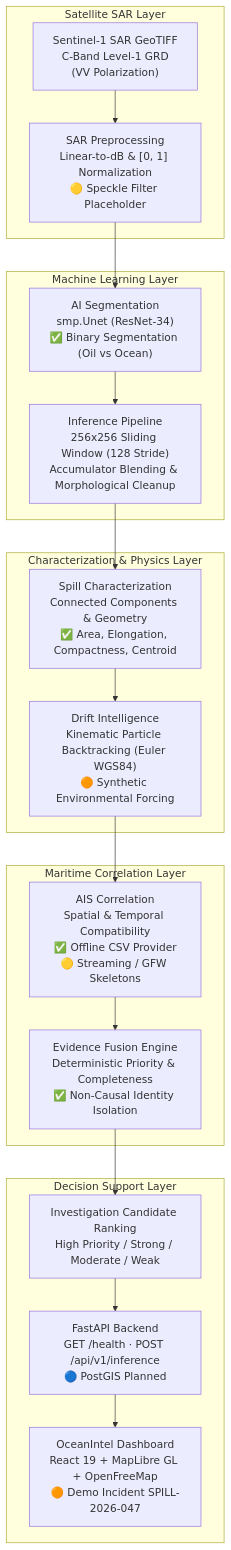
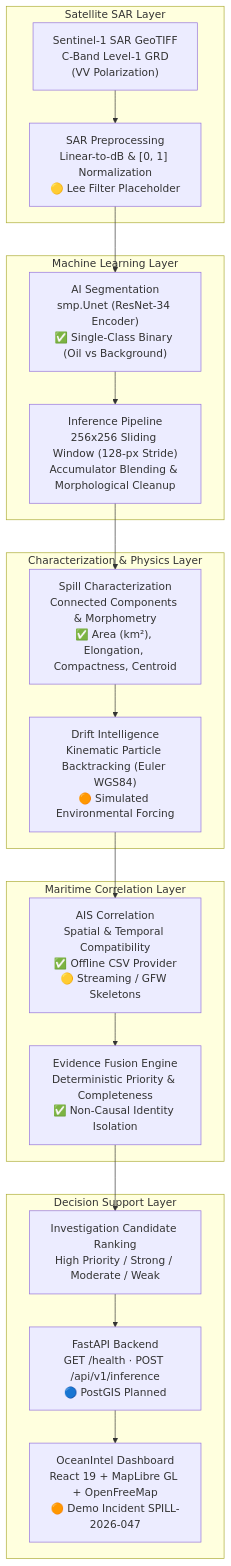
One commit to VyomVadodariya/OIL-SPILL changed the diagram in README.md. Above: the diagram before and after it, drawn with Mermaid. The commit also changed other lines of this file, not shown here.

Commit message:
docs: Update root README.md for OceanIntel with verified implementation details

````diff
--- a/README.md
+++ b/README.md
@@ -28,27 +28,27 @@
 ```mermaid
 flowchart TD
     subgraph S1["Satellite SAR Layer"]
-        A["Sentinel-1 SAR GeoTIFF\nC-Band Level-1 GRD\n(VV Polarization)"] --> B["SAR Preprocessing\nLinear-to-dB & [0, 1] Normalization\n🟡 Speckle Filter Placeholder"]
+        A["Sentinel-1 SAR GeoTIFF\nC-Band Level-1 GRD\n(VV Polarization)"] --> B["SAR Preprocessing\nLinear-to-dB & [0, 1] Normalization\n🟡 Lee Filter Placeholder"]
     end
 
     subgraph S2["Machine Learning Layer"]
-        B --> C["AI Segmentation\nsmp.Unet (ResNet-34)\n✅ Binary Segmentation (Oil vs Ocean)"]
-        C --> D["Inference Pipeline\n256x256 Sliding Window (128 Stride)\nAccumulator Blending & Morphological Cleanup"]
+        B --> C["AI Segmentation\nsmp.Unet (ResNet-34 Encoder)\n✅ Single-Class Binary (Oil vs Background)"]
+        C --> D["Inference Pipeline\n256x256 Sliding Window (128-px Stride)\nAccumulator Blending & Morphological Cleanup"]
     end
 
     subgraph S3["Characterization & Physics Layer"]
-        D --> E["Spill Characterization\nConnected Components & Geometry\n✅ Area, Elongation, Compactness, Centroid"]
-        E --> F["Drift Intelligence\nKinematic Particle Backtracking (Euler WGS84)\n🟠 Synthetic Environmental Forcing"]
+        D --> E["Spill Characterization\nConnected Components & Morphometry\n✅ Area (km²), Elongation, Compactness, Centroid"]
+        E --> F["Drift Intelligence\nKinematic Particle Backtracking (Euler WGS84)\n🟠 Simulated Environmental Forcing"]
     end
 
     subgraph S4["Maritime Correlation Layer"]
         F --> G["AIS Correlation\nSpatial & Temporal Compatibility\n✅ Offline CSV Provider\n🟡 Streaming / GFW Skeletons"]
         G --> H["Evidence Fusion Engine\nDeterministic Priority & Completeness\n✅ Non-Causal Identity Isolation"]
     end
 
     subgraph S5["Decision Support Layer"]
         H --> I["Investigation Candidate Ranking\nHigh Priority / Strong / Moderate / Weak"]
         I --> J["FastAPI Backend\nGET /health · POST /api/v1/inference\n🔵 PostGIS Planned"]
         J --> K["OceanIntel Dashboard\nReact 19 + MapLibre GL + OpenFreeMap\n🟠 Demo Incident SPILL-2026-047"]
     end
 ```
````
